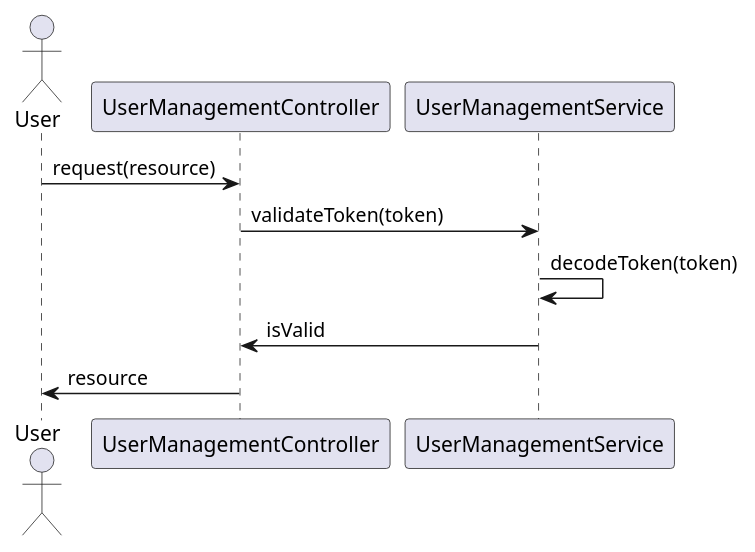
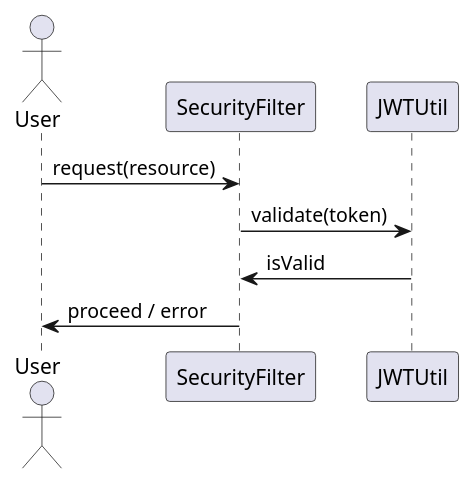
One commit to Dinesh-s95/AutoDoc.ai changed the third of 4 diagrams in usermanagement/documentation/detaileddesign.adoc. Above: the diagram before and after it, drawn with PlantUML. The commit also changed other lines of this file and 15 other files, not shown here.

```diff
--- a/usermanagement/documentation/detaileddesign.adoc
+++ b/usermanagement/documentation/detaileddesign.adoc
@@ -146,14 +251,13 @@
 [plantuml, jwt-validation-sequence, png]
 ----
 @startuml
 actor User
-participant "UserManagementController" as Controller
-participant "UserManagementService" as Service
+participant "SecurityFilter" as Filter
+participant "JWTUtil" as JWT
 
-User -> Controller : request(resource)
-Controller -> Service : validateToken(token)
-Service -> Service : decodeToken(token)
-Service -> Controller : isValid
-Controller -> User : resource
+User -> Filter : request(resource)
+Filter -> JWT : validate(token)
+JWT -> Filter : isValid
+Filter -> User : proceed / error
 @enduml
 ----
```
